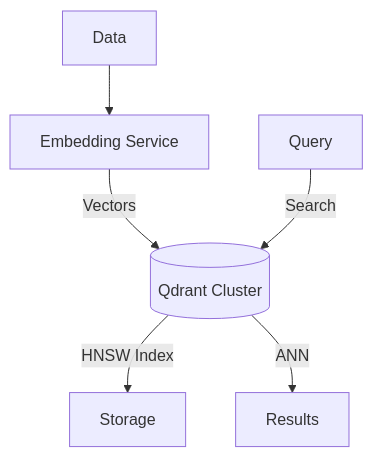
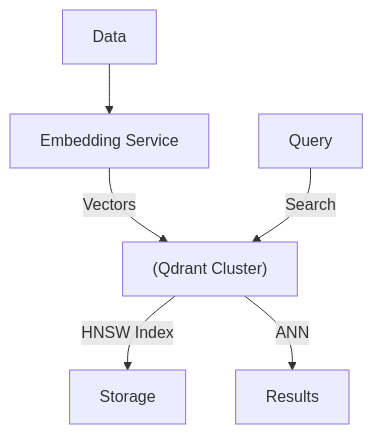
One commit to sricheru/agentic-ai-portfolio changed the eighth of 20 diagrams in genai_enterprise_usecases/ARCHITECTURE_GUIDE.md. Above: the diagram before and after it, drawn with Mermaid. The commit also changed other lines of this file, not shown here.

Commit message:
fix(docs): resolve GitHub Mermaid syntax errors in architecture guide

````diff
--- a/genai_enterprise_usecases/ARCHITECTURE_GUIDE.md
+++ b/genai_enterprise_usecases/ARCHITECTURE_GUIDE.md
@@ -171,8 +171,8 @@
 ```mermaid
 graph TD
     Data --> Embedder[Embedding Service]
-    Embedder -->|Vectors| Qdrant[(Qdrant Cluster)]
+    Embedder -->|Vectors| Qdrant["(Qdrant Cluster)"]
     Qdrant -->|HNSW Index| Storage
     Query -->|Search| Qdrant
     Qdrant -->|ANN| Results
 ```
````
